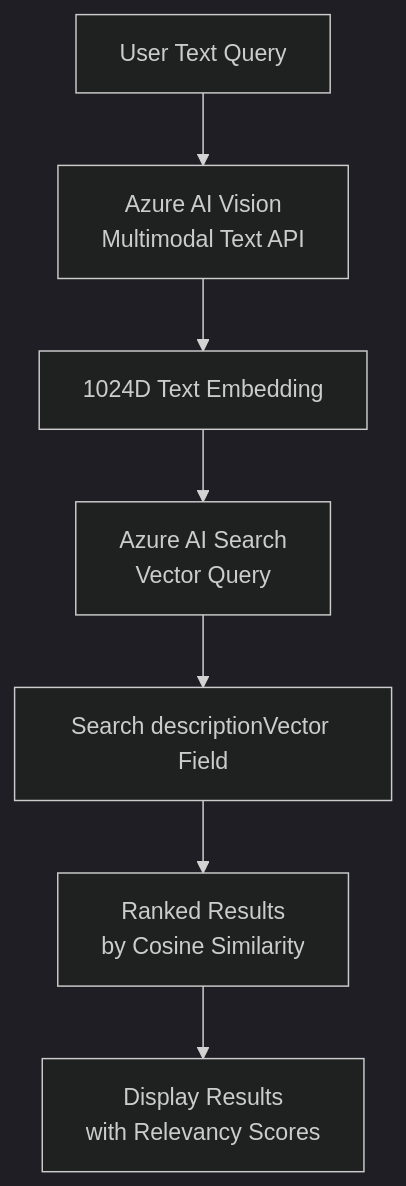
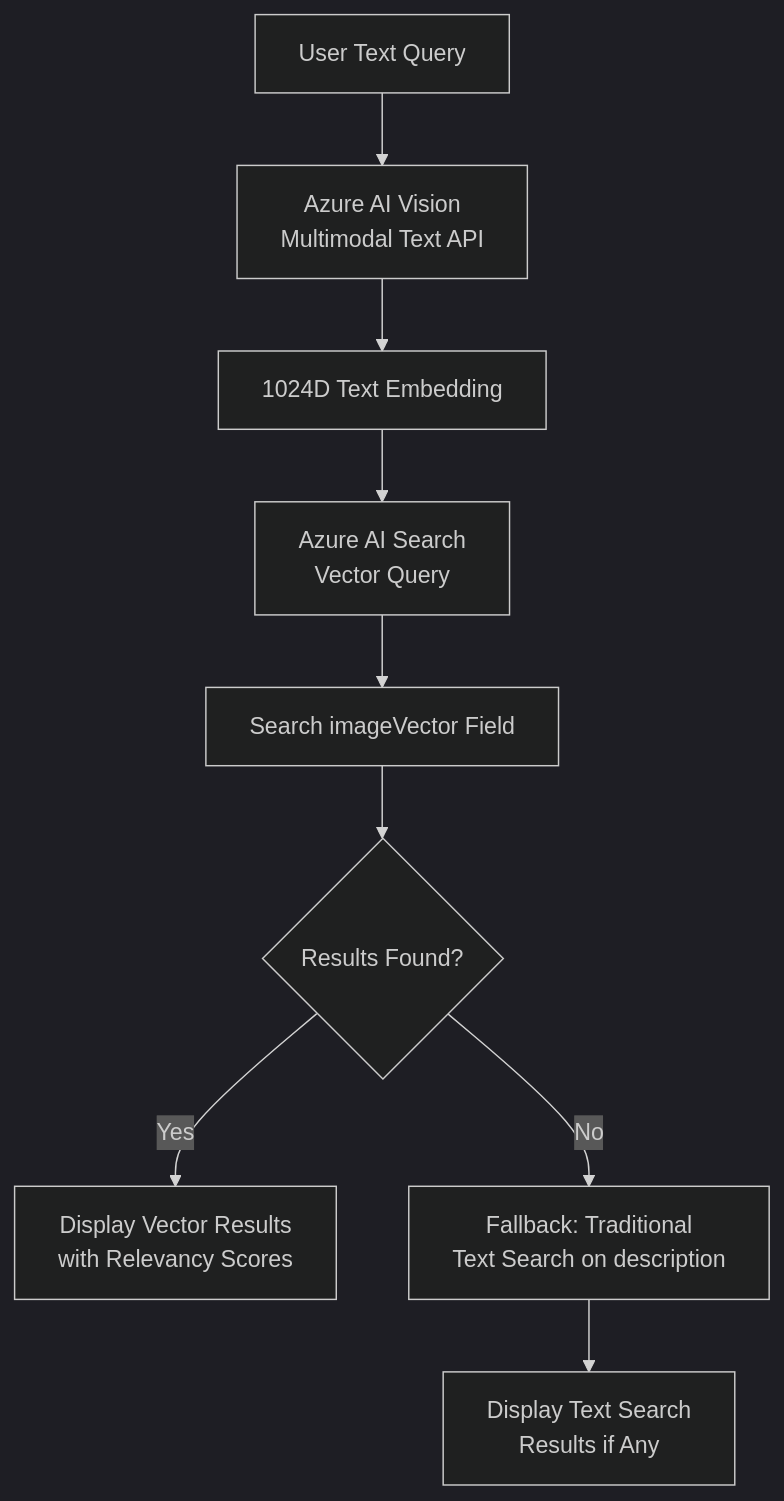
One commit to MSFT-Innovation-Hub-India/ShopTheLook-MultiModal-Search changed the first of 7 diagrams in README.md. Above: the diagram before and after it, drawn with Mermaid (dark theme). The commit also changed other lines of this file and 1 other file, not shown here.

Commit message:
Refactor search logic to prioritize vector search for text queries with fallback to traditional search

````diff
--- a/README.md
+++ b/README.md
@@ -46,9 +46,11 @@
 ```mermaid
 graph TD
     A[User Text Query] --> B[Azure AI Vision<br/>Multimodal Text API]
     B --> C[1024D Text Embedding]
     C --> D[Azure AI Search<br/>Vector Query]
-    D --> E[Search descriptionVector Field]
-    E --> F[Ranked Results<br/>by Cosine Similarity]
-    F --> G[Display Results<br/>with Relevancy Scores]
+    D --> E[Search imageVector Field]
+    E --> F{Results Found?}
+    F -->|Yes| G[Display Vector Results<br/>with Relevancy Scores]
+    F -->|No| H[Fallback: Traditional<br/>Text Search on description]
+    H --> I[Display Text Search<br/>Results if Any]
 ```
````
